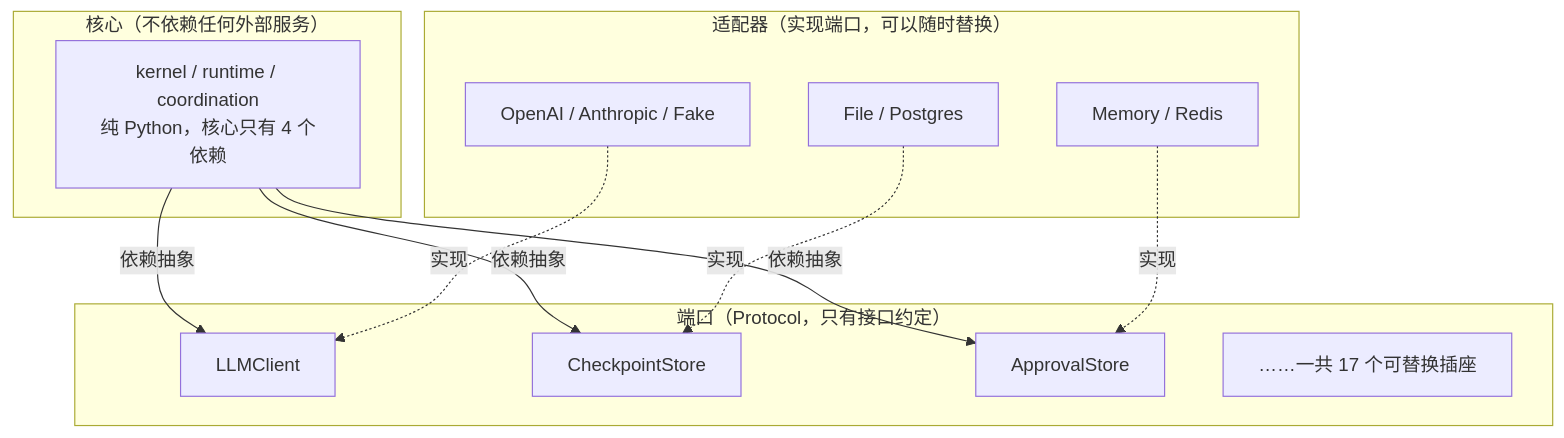
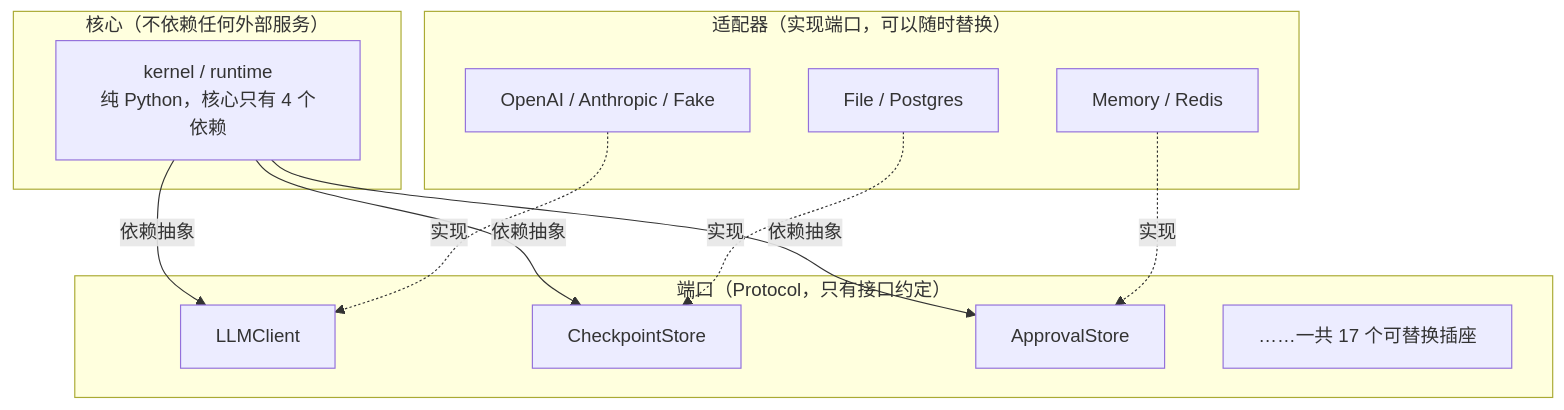
The second of 4 diagrams in docs/book/ch01.md (limenagent/prodagent), drawn with Mermaid before and after one commit. The commit also changed other lines of this file and 44 other files, not shown here.

````diff
--- a/docs/book/ch01.md
+++ b/docs/book/ch01.md
@@ -308,23 +305,23 @@
 ```mermaid
 graph TD
     subgraph "核心（不依赖任何外部服务）"
-        K["kernel / runtime / coordination<br/>纯 Python，核心只有 4 个依赖"]
+        K["kernel / runtime<br/>纯 Python，核心只有 4 个依赖"]
     end
     subgraph "端口（Protocol，只有接口约定）"
         P1["LLMClient"]
         P2["CheckpointStore"]
         P3["ApprovalStore"]
         P4["……一共 17 个可替换插座"]
     end
     subgraph "适配器（实现端口，可以随时替换）"
         A1["OpenAI / Anthropic / Fake"]
         A2["File / Postgres"]
         A3["Memory / Redis"]
     end
     K -->|依赖抽象| P1
     K -->|依赖抽象| P2
     K -->|依赖抽象| P3
     A1 -.->|实现| P1
     A2 -.->|实现| P2
     A3 -.->|实现| P3
 ```
````
